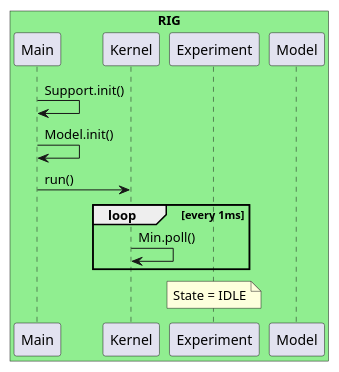
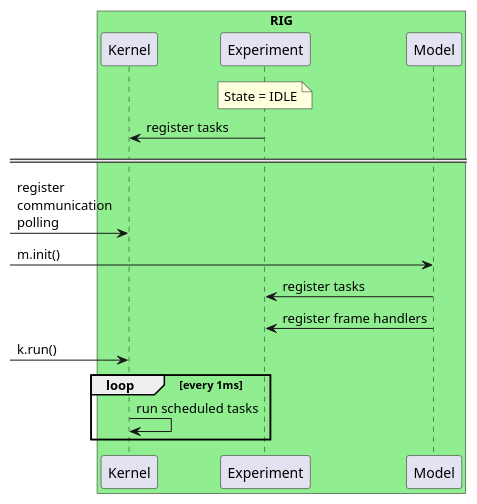
One commit to umit-iace/tool-pywisp changed the third of 5 diagrams in docs/communication/index.rst. Above: the diagram before and after it, drawn with PlantUML. The commit also changed other lines of this file and 2 other files, not shown here.

```diff
--- a/docs/communication/index.rst
+++ b/docs/communication/index.rst
@@ -62,17 +62,20 @@
 .. uml::
     :caption: Init process of the rig
 
     box "RIG" #LightGreen
-    participant Main
     participant Kernel
     participant Experiment
     participant Model
     end box
 
-    Main -> Main: Support.init()
-    Main -> Main: Model.init()
-    Main -> Kernel: run()
+    note over Experiment: State = IDLE
+    Experiment -> Kernel: register tasks
+    == ==
+    [-> Kernel: register\ncommunication\npolling
+    [-> Model: m.init()
+    Model -> Experiment: register tasks
+    Model -> Experiment: register frame handlers
+    [-> Kernel: k.run()
     loop every 1ms
-        Kernel -> Kernel: Min.poll()
+        Kernel -> Kernel: run scheduled tasks
     end
-    note over Experiment: State = IDLE
```
